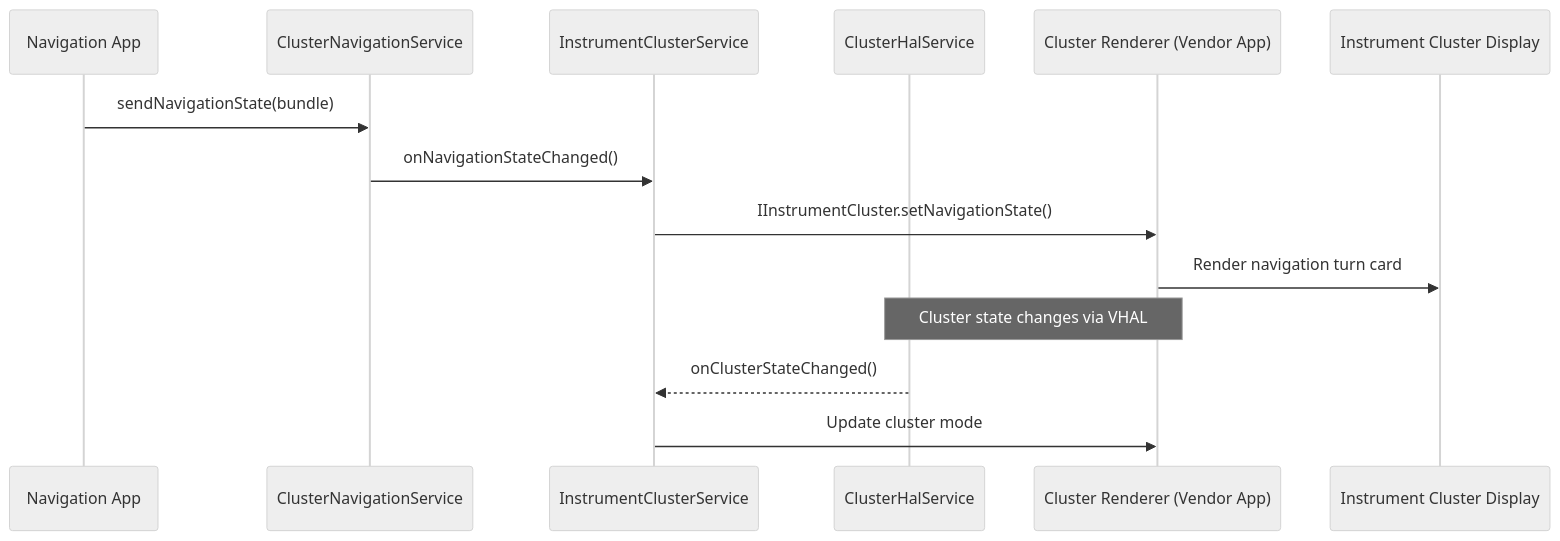
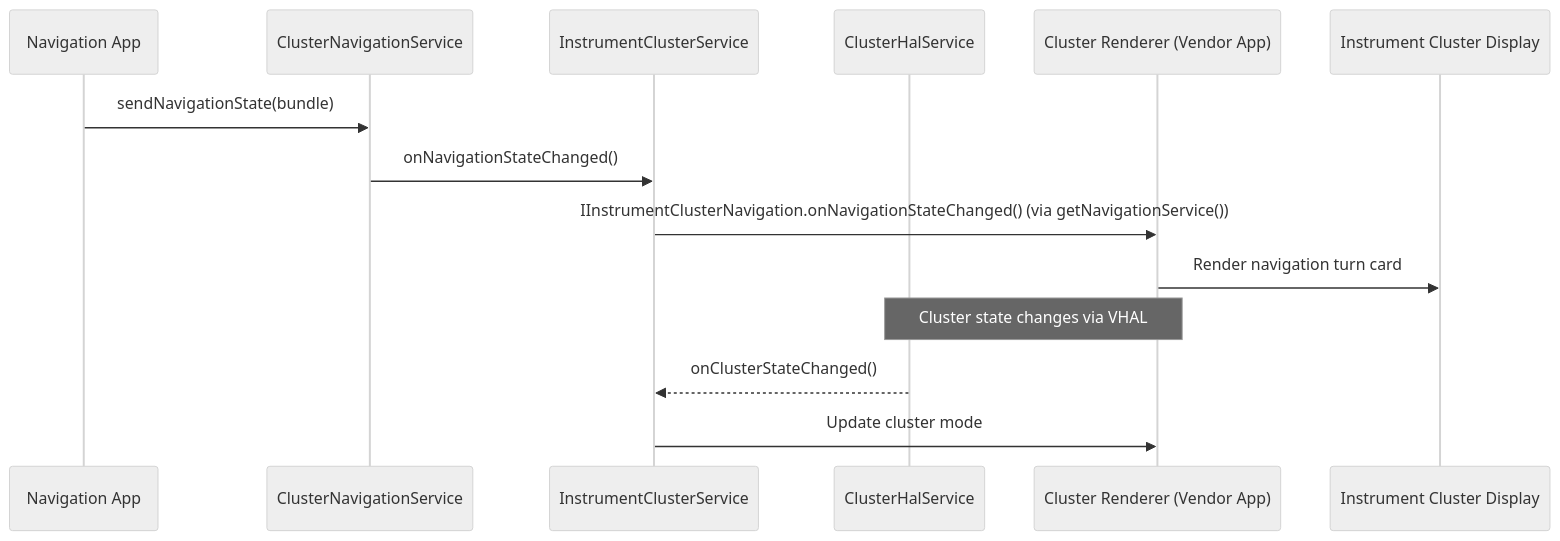
The sixth of 47 diagrams in agents/claude/skills/aosp-device-support/62-form-factors.md (aospbooks/aosp-internal-book), drawn with Mermaid (neutral theme) before and after one commit. The commit also changed other lines of this file and 68 other files, not shown here.

````diff
--- a/agents/claude/skills/aosp-device-support/62-form-factors.md
+++ b/agents/claude/skills/aosp-device-support/62-form-factors.md
@@ -680,18 +680,18 @@
 ```mermaid
 sequenceDiagram
     participant NavApp as Navigation App
     participant CNS as ClusterNavigationService
     participant ICS as InstrumentClusterService
     participant CHS as ClusterHalService
     participant Renderer as Cluster Renderer (Vendor App)
     participant ClusterDisplay as Instrument Cluster Display
 
     NavApp->>CNS: sendNavigationState(bundle)
     CNS->>ICS: onNavigationStateChanged()
-    ICS->>Renderer: IInstrumentCluster.setNavigationState()
+    ICS->>Renderer: IInstrumentClusterNavigation.onNavigationStateChanged() (via getNavigationService())
     Renderer->>ClusterDisplay: Render navigation turn card
 
     Note over CHS,Renderer: Cluster state changes via VHAL
     CHS-->>ICS: onClusterStateChanged()
     ICS->>Renderer: Update cluster mode
 ```
````
